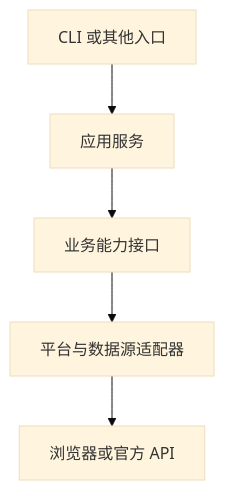
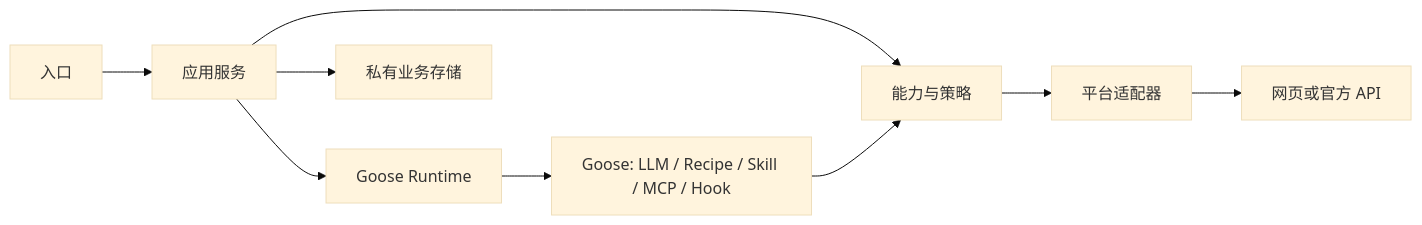
Before and after one commit to BrahmaMantra/goose: the second of 2 diagrams in BM_custom/BM_docs/BM_architecture_and_goose_learning.md, drawn with Mermaid (base theme). The commit also changed other lines of this file, not shown here.

Commit message:
docs(BM): update architecture after native Goose integration

````diff
--- a/BM_custom/BM_docs/BM_architecture_and_goose_learning.md
+++ b/BM_custom/BM_docs/BM_architecture_and_goose_learning.md
@@ -47,7 +98,11 @@
 ```mermaid
-flowchart TD
-    A[CLI 或其他入口] --> B[应用服务]
-    B --> C[业务能力接口]
-    C --> D[平台与数据源适配器]
-    D --> E[浏览器或官方 API]
+flowchart LR
+    A[入口] --> B[应用服务]
+    B --> C[能力与策略]
+    C --> D[平台适配器]
+    D --> E[网页或官方 API]
+    B --> F[Goose Runtime]
+    F --> G[Goose: LLM / Recipe / Skill / MCP / Hook]
+    G --> C
+    B --> H[私有业务存储]
 ```
````
